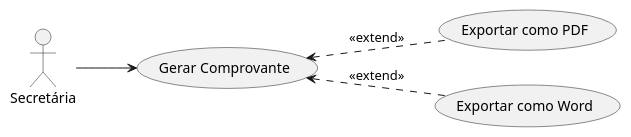
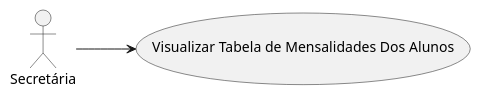
The diagram in casos_uso/caso_09_diagrama.puml (viniciusdias2902/modelagem_uml), drawn with PlantUML before and after one commit. The commit also changed 117 other files, not shown here.

Commit message:
Atualização dos diagramas

```diff
--- a/casos_uso/caso_09_diagrama.puml
+++ b/casos_uso/caso_09_diagrama.puml
@@ -1,15 +1,10 @@
 @startuml
 left to right direction
 
 actor Secretaria as "Secretária"
 
-usecase "Gerar Comprovante" as UC9
-usecase "Exportar como PDF" as UC9a
-usecase "Exportar como Word" as UC9b
+usecase "Visualizar Tabela de Mensalidades Dos Alunos" as UC7
 
-UC9 <.. UC9a : <<extend>>
-UC9 <.. UC9b : <<extend>>
-
-Secretaria --> UC9
+Secretaria --> UC7
 
 @enduml
```
